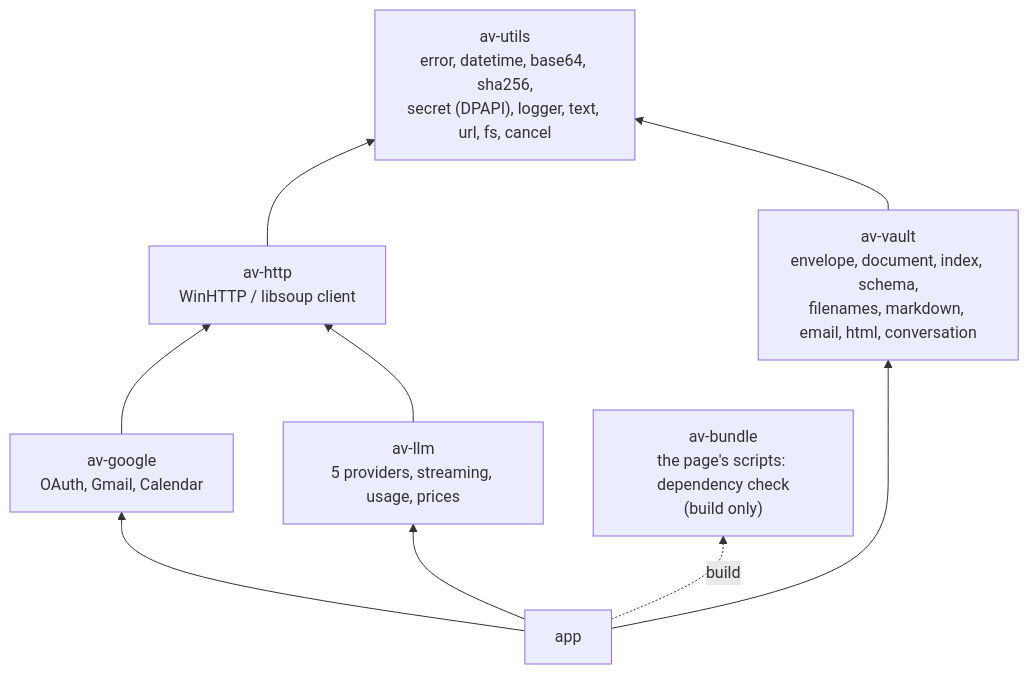
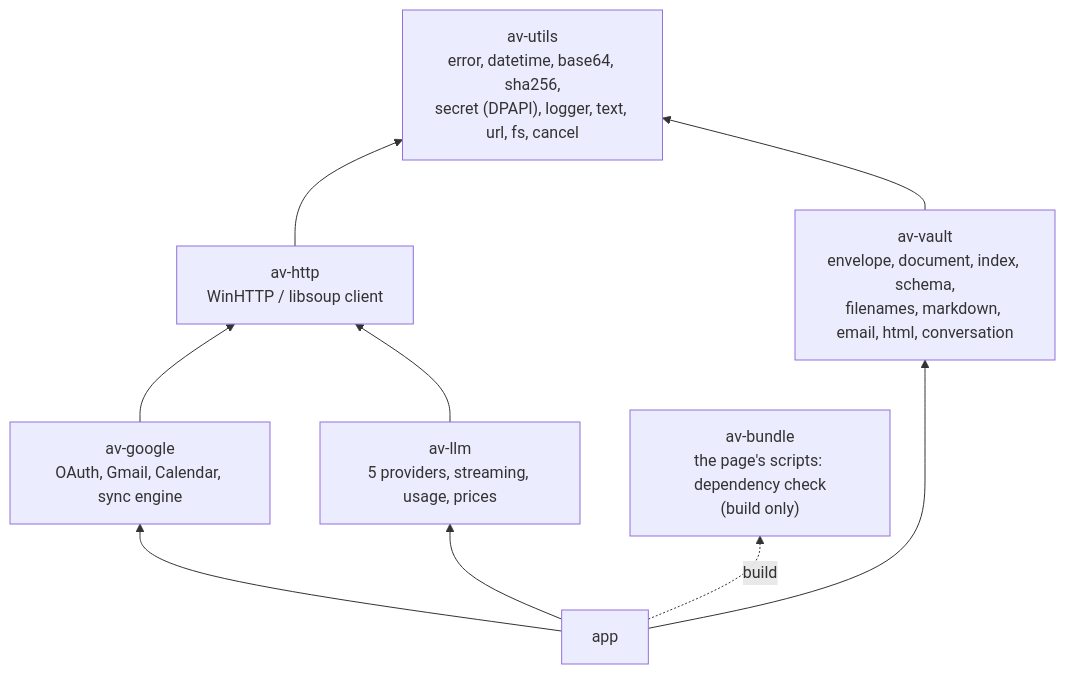
The first of 2 diagrams in docs/architecture.md (steschu77/avelor), drawn with Mermaid before and after one commit. The commit also changed other lines of this file and 5 other files, not shown here.

First line of the commit message:
feat(av-google): the calendar sync engine

````diff
--- a/docs/architecture.md
+++ b/docs/architecture.md
@@ -247,18 +248,18 @@
 ```mermaid
 flowchart BT
     utils["av-utils<br/>error, datetime, base64, sha256,<br/>secret (DPAPI), logger, text, url, fs, cancel"]
     http["av-http<br/>WinHTTP / libsoup client"]
     vault["av-vault<br/>envelope, document, index, schema,<br/>filenames, markdown, email, html, conversation"]
-    google["av-google<br/>OAuth, Gmail, Calendar"]
+    google["av-google<br/>OAuth, Gmail, Calendar, sync engine"]
     llm["av-llm<br/>5 providers, streaming, usage, prices"]
     bundle["av-bundle<br/>the page's scripts: dependency check<br/>(build only)"]
     app["app"]
     http --> utils
     vault --> utils
     google --> http
     llm --> http
     app --> vault
     app --> google
     app --> llm
     app -. build .-> bundle
 ```
````
